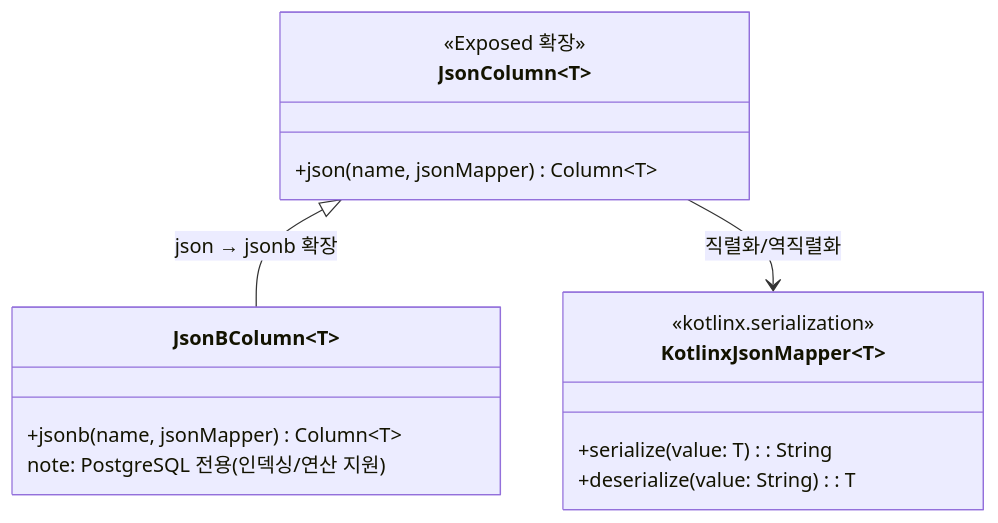
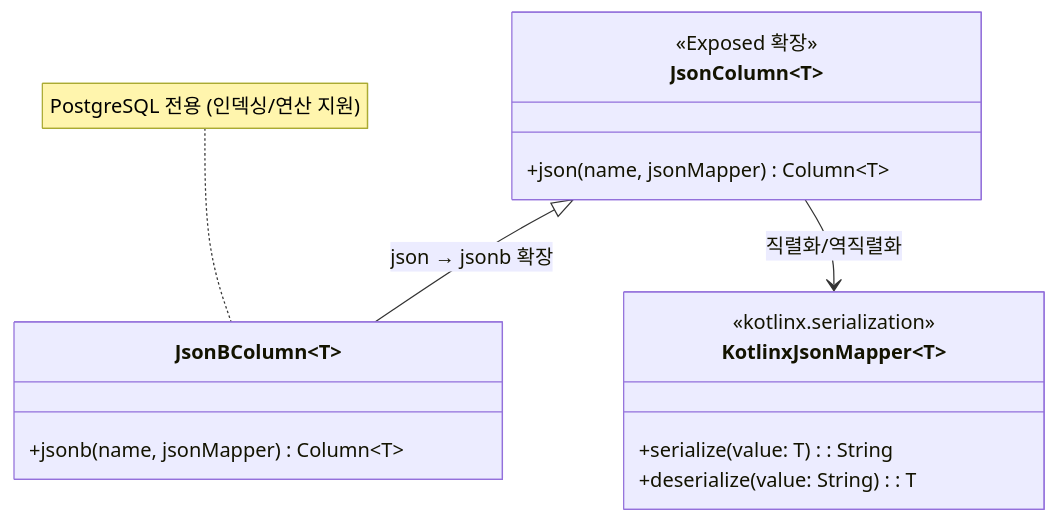
One commit to bluetape4k/exposed-r2dbc-workshop changed the diagram in 06-advanced/04-exposed-r2dbc-json/README.md. Above: the diagram before and after it, drawn with Mermaid. The commit also changed 8 other files, not shown here.

First line of the commit message:
docs: Mermaid 다이어그램 note 속성 개선

````diff
--- a/06-advanced/04-exposed-r2dbc-json/README.md
+++ b/06-advanced/04-exposed-r2dbc-json/README.md
@@ -71,19 +71,19 @@
 ```mermaid
 classDiagram
     class JsonColumn~T~ {
         <<Exposed 확장>>
         +json(name, jsonMapper) Column~T~
     }
     class JsonBColumn~T~ {
         +jsonb(name, jsonMapper) Column~T~
-        note: PostgreSQL 전용 (인덱싱/연산 지원)
     }
+    note for JsonBColumn "PostgreSQL 전용 (인덱싱/연산 지원)"
     class KotlinxJsonMapper~T~ {
         <<kotlinx.serialization>>
         +serialize(value: T): String
         +deserialize(value: String): T
     }
 
     JsonColumn <|-- JsonBColumn : json → jsonb 확장
     JsonColumn --> KotlinxJsonMapper : 직렬화/역직렬화
 ```
````
